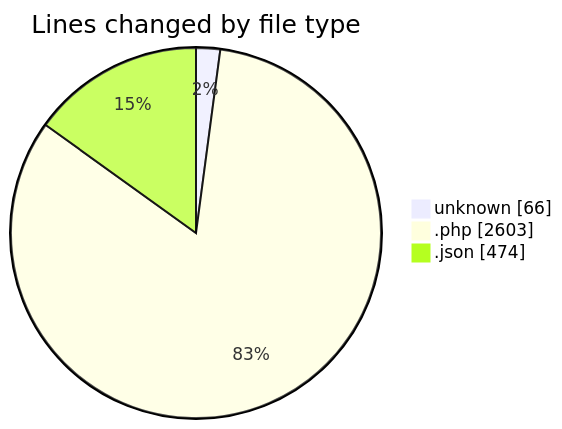
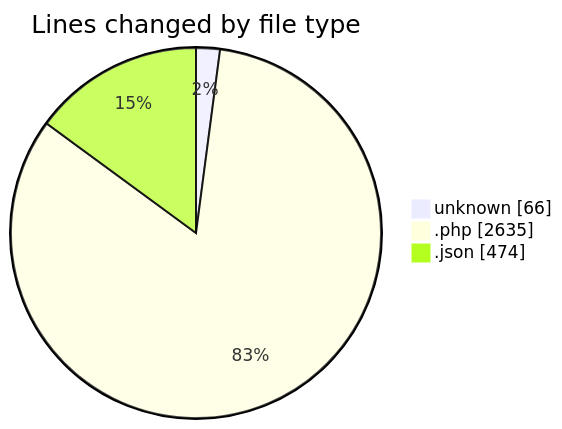
The first of 2 diagrams in 2025-05-27/studio-backend/README.md (idhammustaqopulfikri/code-tracking), drawn with Mermaid before and after one commit. The commit also changed other lines of this file and 1 other file, not shown here.

````diff
--- a/2025-05-27/studio-backend/README.md
+++ b/2025-05-27/studio-backend/README.md
@@ -54,7 +54,7 @@
 ```mermaid
 pie showData
 title Lines changed by file type
 "unknown" : 66
-".php" : 2603
+".php" : 2635
 ".json" : 474
 ```
````
